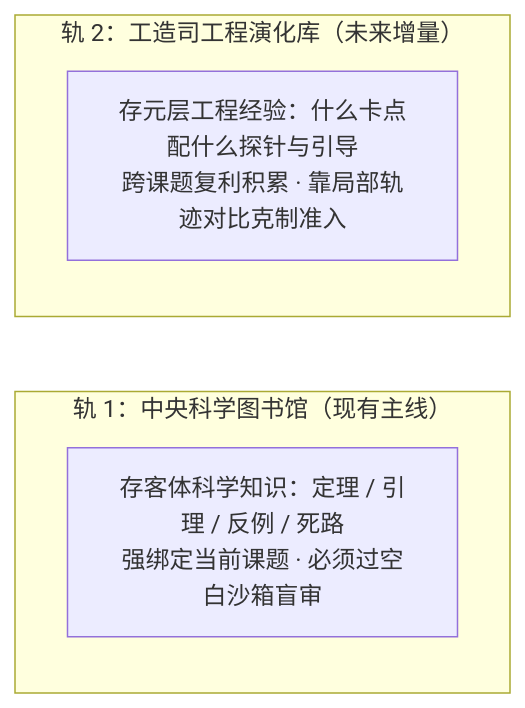
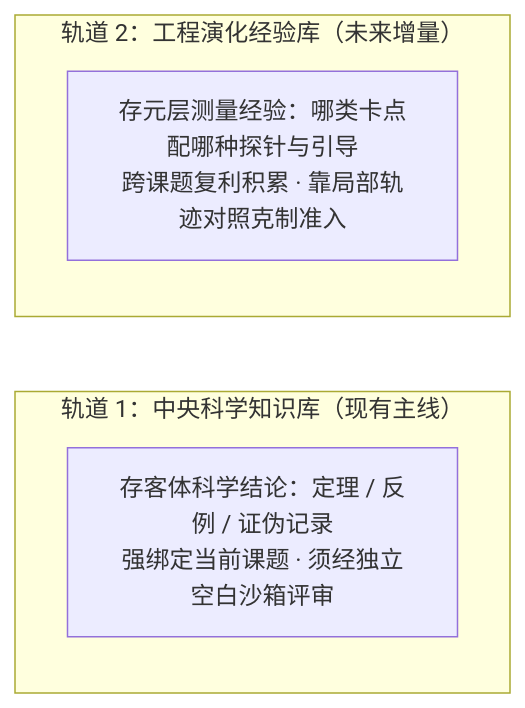
The diagram in ROADMAP.md (Qingzhu093/greatwall-agent), drawn with Mermaid before and after one commit. The commit also changed other lines of this file and 110 other files, not shown here.

````diff
--- a/ROADMAP.md
+++ b/ROADMAP.md
@@ -67,9 +61,9 @@
 ```mermaid
 flowchart LR
-    subgraph ScienceKB["轨 1：中央科学图书馆（现有主线）"]
-        S1["存客体科学知识：定理 / 引理 / 反例 / 死路\n强绑定当前课题 · 必须过空白沙箱盲审"]
+    subgraph ScienceKB["轨道 1：中央科学知识库（现有主线）"]
+        S1["存客体科学结论：定理 / 反例 / 证伪记录\n强绑定当前课题 · 须经独立空白沙箱评审"]
     end
-    subgraph WorksKB["轨 2：工造司工程演化库（未来增量）"]
-        W1["存元层工程经验：什么卡点配什么探针与引导\n跨课题复利积累 · 靠局部轨迹对比克制准入"]
+    subgraph WorksKB["轨道 2：工程演化经验库（未来增量）"]
+        W1["存元层测量经验：哪类卡点配哪种探针与引导\n跨课题复利积累 · 靠局部轨迹对照克制准入"]
     end
 ```
````
